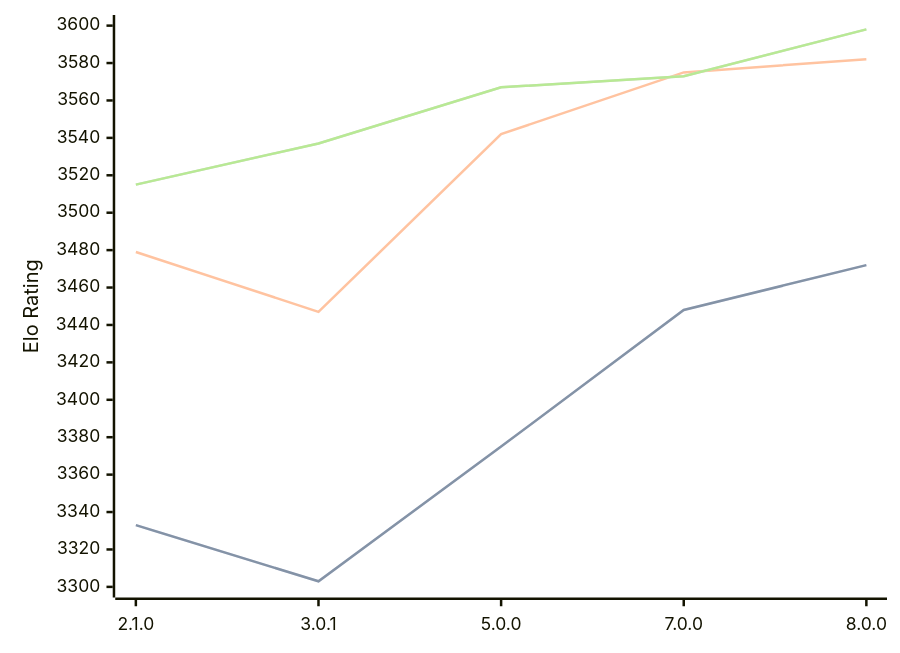
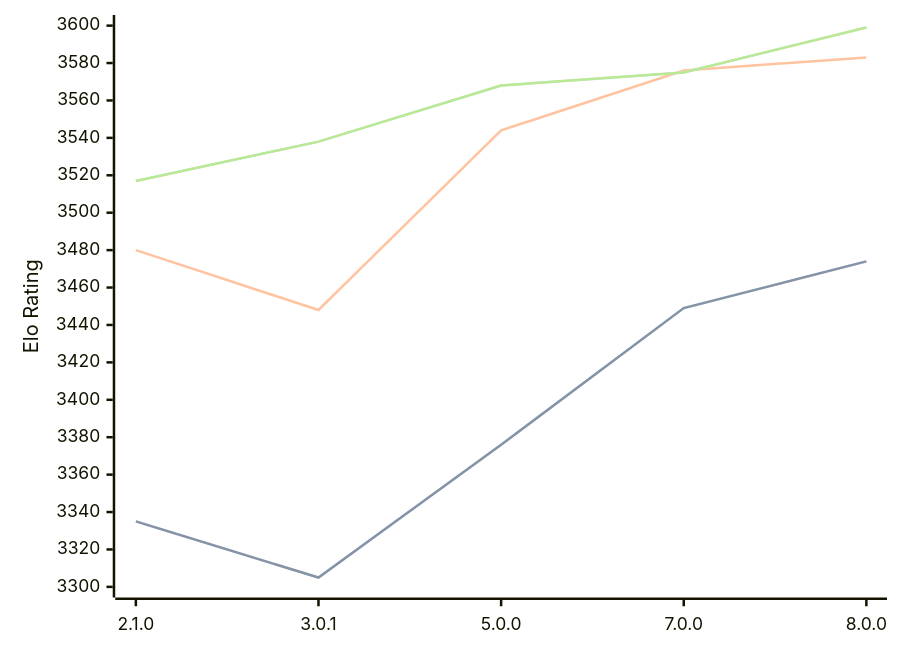
One commit to computer-chess-index/cci changed the diagram in engines/PlentyChess.md. Above: the diagram before and after it, drawn with Mermaid. The commit also changed other lines of this file, not shown here.

Commit message:
Update CCI Ratings (ELO VLTC) - 2026-10-09

````diff
--- a/engines/PlentyChess.md
+++ b/engines/PlentyChess.md
@@ -37,11 +37,11 @@
 ```mermaid
 %%{init: {"theme":"base","themeVariables":{"seriesColors:['#a3a3a3','#222221','#faa371']}}}%%
 xychart-beta
   x-axis ["2.1.0", "3.0.1", "5.0.0", "7.0.0", "8.0.0"]
   y-axis "Elo Rating" 3300 --> 3600
-  line "" [3333, 3303, 3375, 3448, 3472]
-  line "STC (8.0+0.08s)" [3333, 3303, 3375, 3448, 3472]
-  line "LTC (60.0+0.60s)" [3479, 3447, 3542, 3575, 3582]
-  line "" [3515, 3537, 3567, 3573, 3598]
-  line "VLTC (2m24s+1.12s)" [3515, 3537, 3567, 3573, 3598]
+  line "" [3335, 3305, 3376, 3449, 3474]
+  line "STC (8.0+0.08s)" [3335, 3305, 3376, 3449, 3474]
+  line "LTC (60.0+0.60s)" [3480, 3448, 3544, 3576, 3583]
+  line "" [3517, 3538, 3568, 3575, 3599]
+  line "VLTC (2m24s+1.12s)" [3517, 3538, 3568, 3575, 3599]
 ```
````
